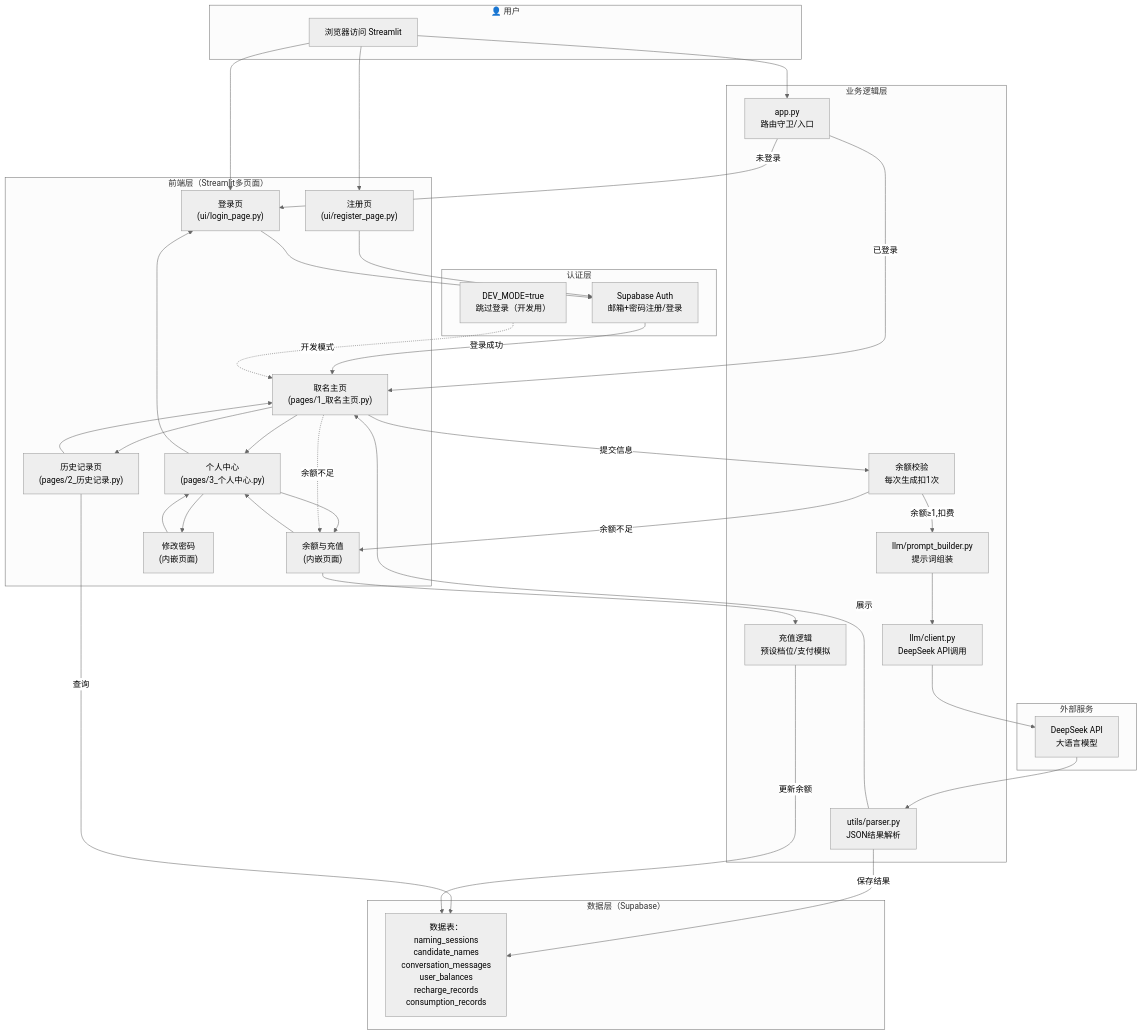
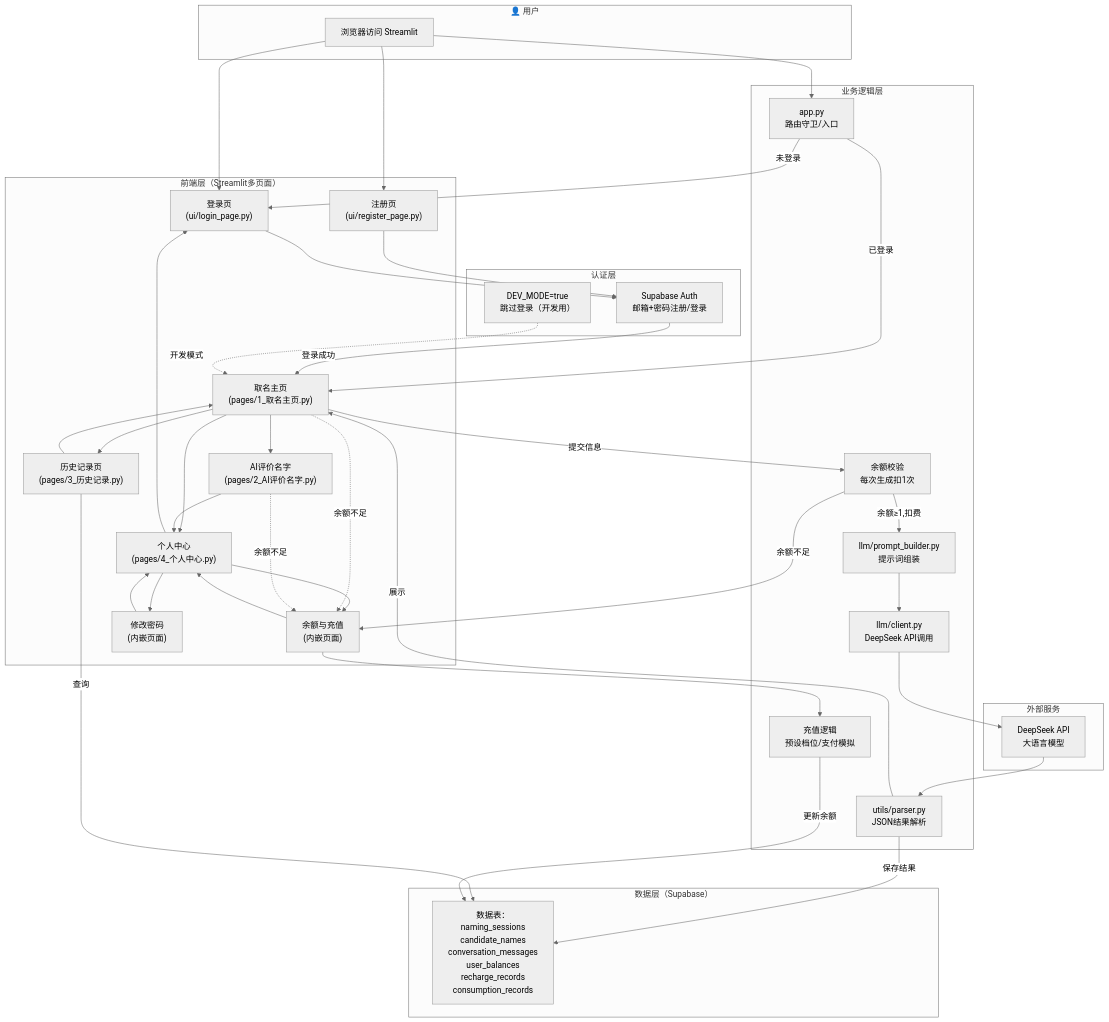
The first of 8 diagrams in 项目流程图.md (thekeyispassion/goodname-github), drawn with Mermaid (neutral theme) before and after one commit. The commit also changed other lines of this file and 16 other files, not shown here.

```diff
--- a/项目流程图.md
+++ b/项目流程图.md
@@ -12,8 +12,9 @@
         Login["登录页<br/>(ui/login_page.py)"]
         Register["注册页<br/>(ui/register_page.py)"]
         Home["取名主页<br/>(pages/1_取名主页.py)"]
-        History["历史记录页<br/>(pages/2_历史记录.py)"]
-        Profile["个人中心<br/>(pages/3_个人中心.py)"]
+        Evaluate["AI评价名字<br/>(pages/2_AI评价名字.py)"]
+        History["历史记录页<br/>(pages/3_历史记录.py)"]
+        Profile["个人中心<br/>(pages/4_个人中心.py)"]
         Balance["余额与充值<br/>(内嵌页面)"]
         Pwd["修改密码<br/>(内嵌页面)"]
     end
@@ -51,8 +52,10 @@
     DevMode -.->|开发模式| Home
 
     %% 页面跳转
+    Home --> Evaluate
     Home --> History
     Home --> Profile
+    Evaluate --> Profile
     History --> Home
     Profile --> Balance
     Profile --> Pwd
@@ -60,6 +63,7 @@
     Balance --> Profile
     Pwd --> Profile
     Home -.->|余额不足| Balance
+    Evaluate -.->|余额不足| Balance
 
     %% 取名业务流（含计费）
     Home -->|提交信息| BalanceCheck
```
